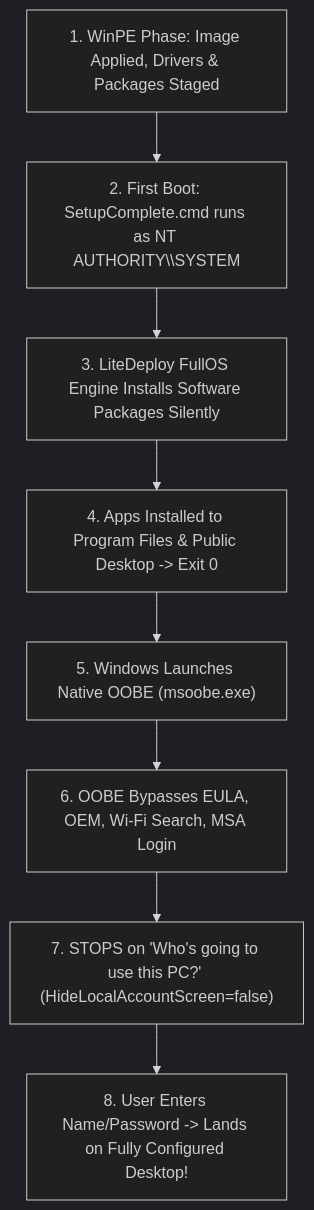
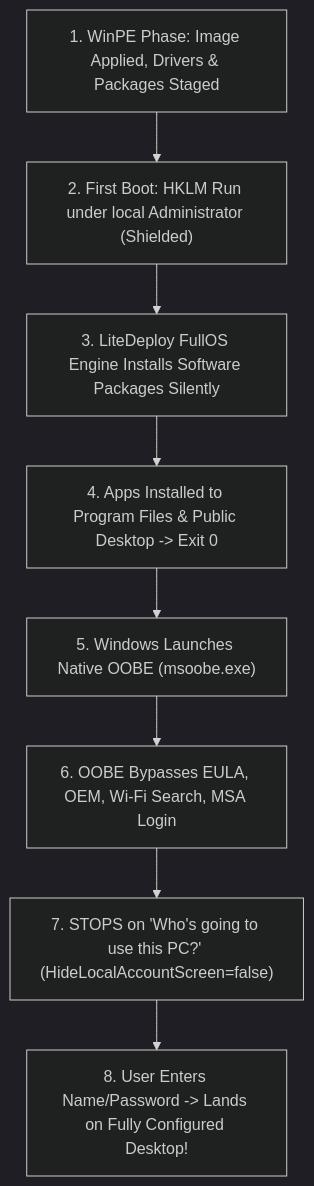
One commit to cmartineztech/LiteDeploy.Core changed the fifth of 6 diagrams in _Docs/planning/IDEAS_FOR_IMPLEMENTATION.md. Above: the diagram before and after it, drawn with Mermaid (dark theme). The commit also changed other lines of this file and 3 other files, not shown here.

Commit message:
docs(planning): update planning documentation to reflect live v2 architecture

````diff
--- a/_Docs/planning/IDEAS_FOR_IMPLEMENTATION.md
+++ b/_Docs/planning/IDEAS_FOR_IMPLEMENTATION.md
@@ -275,10 +285,10 @@
 ```mermaid
 flowchart TD
-    WinPE["1. WinPE Phase: Image Applied, Drivers & Packages Staged"] --> FirstBoot["2. First Boot: SetupComplete.cmd runs as NT AUTHORITY\\SYSTEM"]
+    WinPE["1. WinPE Phase: Image Applied, Drivers & Packages Staged"] --> FirstBoot["2. First Boot: HKLM Run under local Administrator (Shielded)"]
     FirstBoot --> SilentApps["3. LiteDeploy FullOS Engine Installs Software Packages Silently"]
     SilentApps --> SystemReady["4. Apps Installed to Program Files & Public Desktop -> Exit 0"]
     SystemReady --> OOBEStart["5. Windows Launches Native OOBE (msoobe.exe)"]
     OOBEStart --> BypassNoise["6. OOBE Bypasses EULA, OEM, Wi-Fi Search, MSA Login"]
     BypassNoise --> UserCreate["7. STOPS on 'Who's going to use this PC?' (HideLocalAccountScreen=false)"]
     UserCreate --> DesktopReady["8. User Enters Name/Password -> Lands on Fully Configured Desktop!"]
 ```
````
